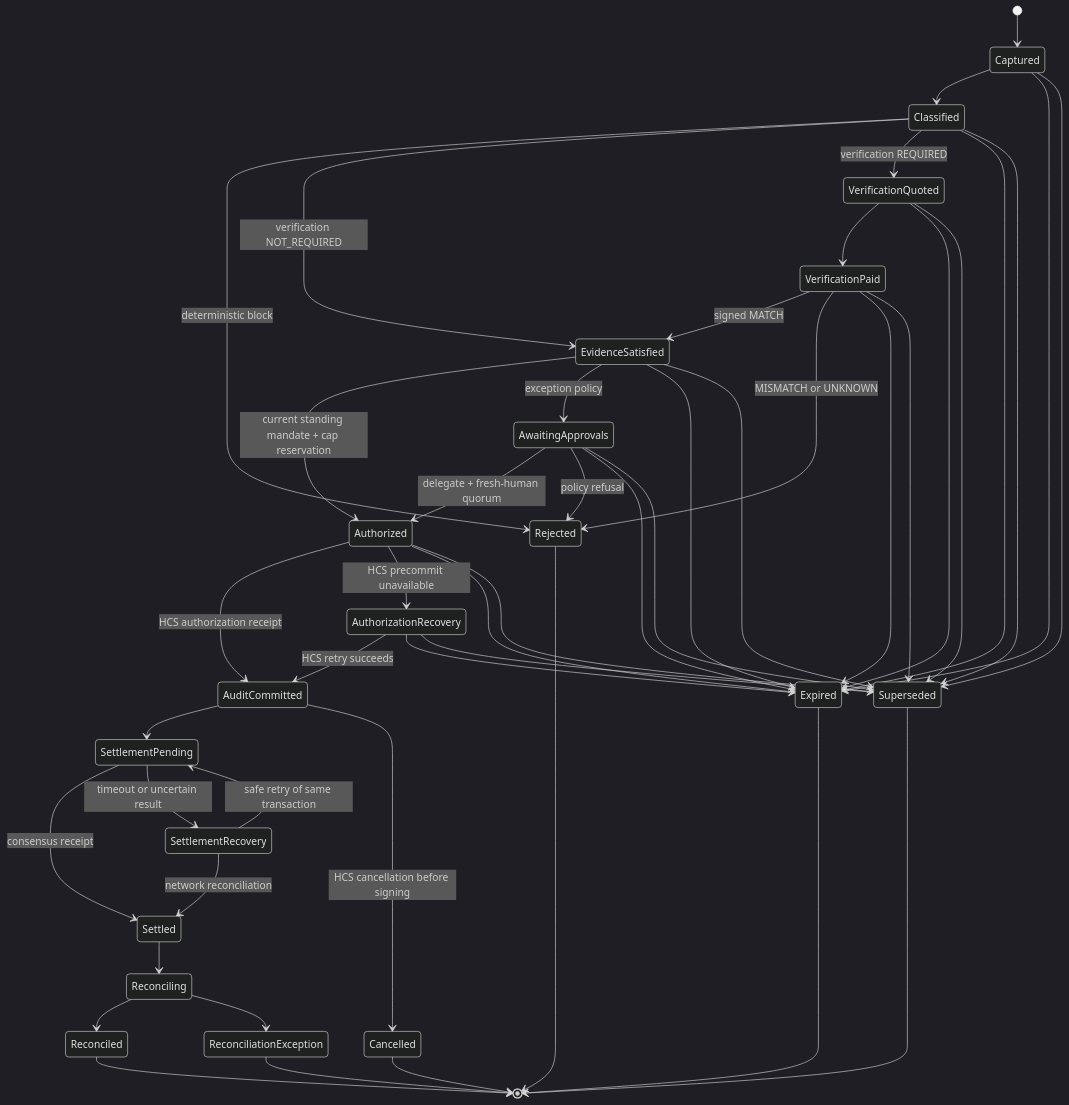
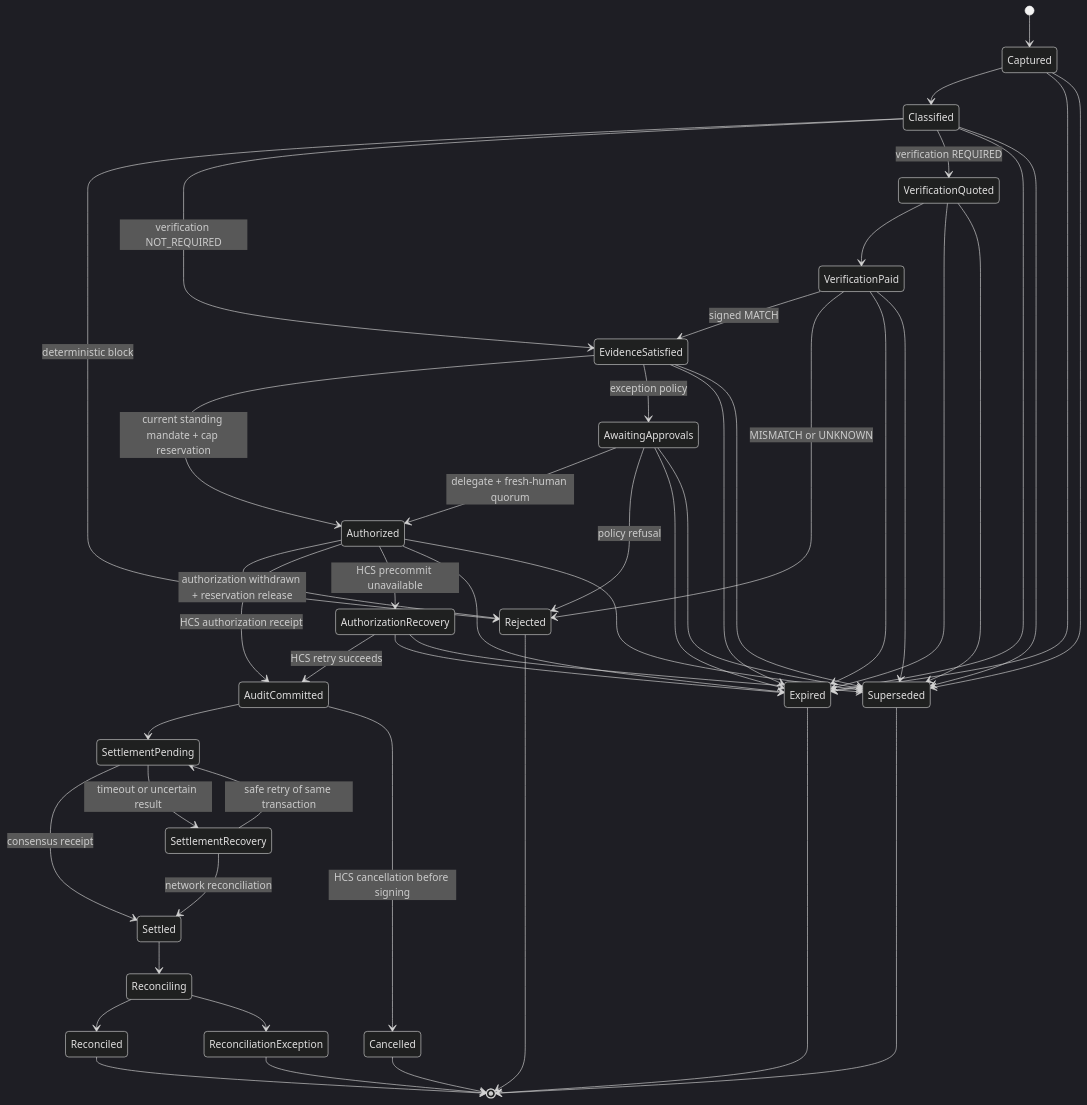
One commit to Lyons800/remit changed the fourth of 4 diagrams in docs/architecture/SYSTEM-ARCHITECTURE.md. Above: the diagram before and after it, drawn with Mermaid (dark theme). The commit also changed other lines of this file and 11 other files, not shown here.

````diff
--- a/docs/architecture/SYSTEM-ARCHITECTURE.md
+++ b/docs/architecture/SYSTEM-ARCHITECTURE.md
@@ -468,49 +468,50 @@
 ```mermaid
 stateDiagram-v2
   [*] --> Captured
   Captured --> Classified
   Classified --> Rejected: deterministic block
   Classified --> EvidenceSatisfied: verification NOT_REQUIRED
   Classified --> VerificationQuoted: verification REQUIRED
   VerificationQuoted --> VerificationPaid
   VerificationPaid --> EvidenceSatisfied: signed MATCH
   VerificationPaid --> Rejected: MISMATCH or UNKNOWN
   EvidenceSatisfied --> Authorized: current standing mandate + cap reservation
   EvidenceSatisfied --> AwaitingApprovals: exception policy
   AwaitingApprovals --> Authorized: delegate + fresh-human quorum
   AwaitingApprovals --> Rejected: policy refusal
+  Authorized --> Rejected: authorization withdrawn + reservation release
   Authorized --> AuditCommitted: HCS authorization receipt
   Authorized --> AuthorizationRecovery: HCS precommit unavailable
   AuthorizationRecovery --> AuditCommitted: HCS retry succeeds
   AuditCommitted --> SettlementPending
   SettlementPending --> Settled: consensus receipt
   SettlementPending --> SettlementRecovery: timeout or uncertain result
   SettlementRecovery --> Settled: network reconciliation
   SettlementRecovery --> SettlementPending: safe retry of same transaction
   Settled --> Reconciling
   Reconciling --> Reconciled
   Reconciling --> ReconciliationException
   Captured --> Expired
   Classified --> Expired
   VerificationQuoted --> Expired
   VerificationPaid --> Expired
   AwaitingApprovals --> Expired
   Authorized --> Expired
   AuthorizationRecovery --> Expired
   EvidenceSatisfied --> Expired
   Captured --> Superseded
   Classified --> Superseded
   VerificationQuoted --> Superseded
   VerificationPaid --> Superseded
   EvidenceSatisfied --> Superseded
   AwaitingApprovals --> Superseded
   Authorized --> Superseded
   AuthorizationRecovery --> Superseded
   AuditCommitted --> Cancelled: HCS cancellation before signing
   Reconciled --> [*]
   ReconciliationException --> [*]
   Rejected --> [*]
   Expired --> [*]
   Superseded --> [*]
   Cancelled --> [*]
 ```
````
